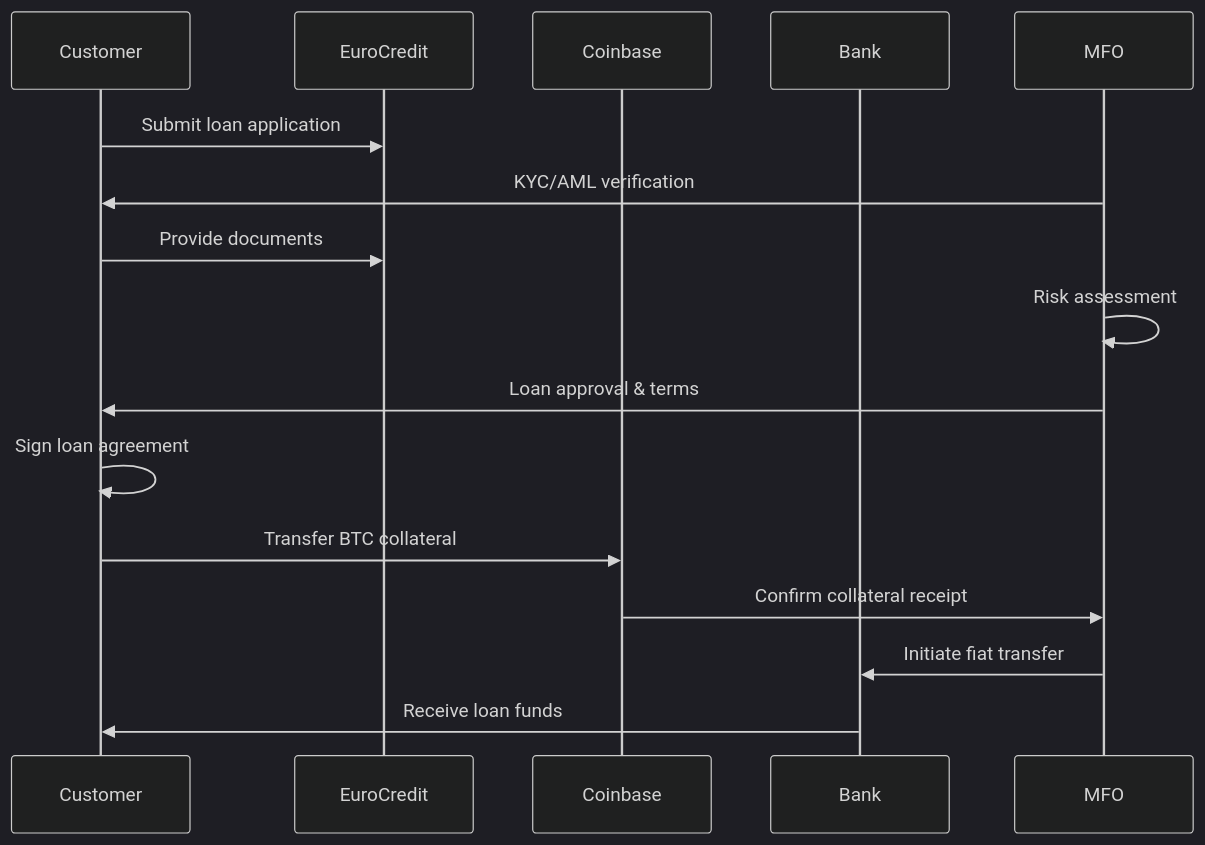
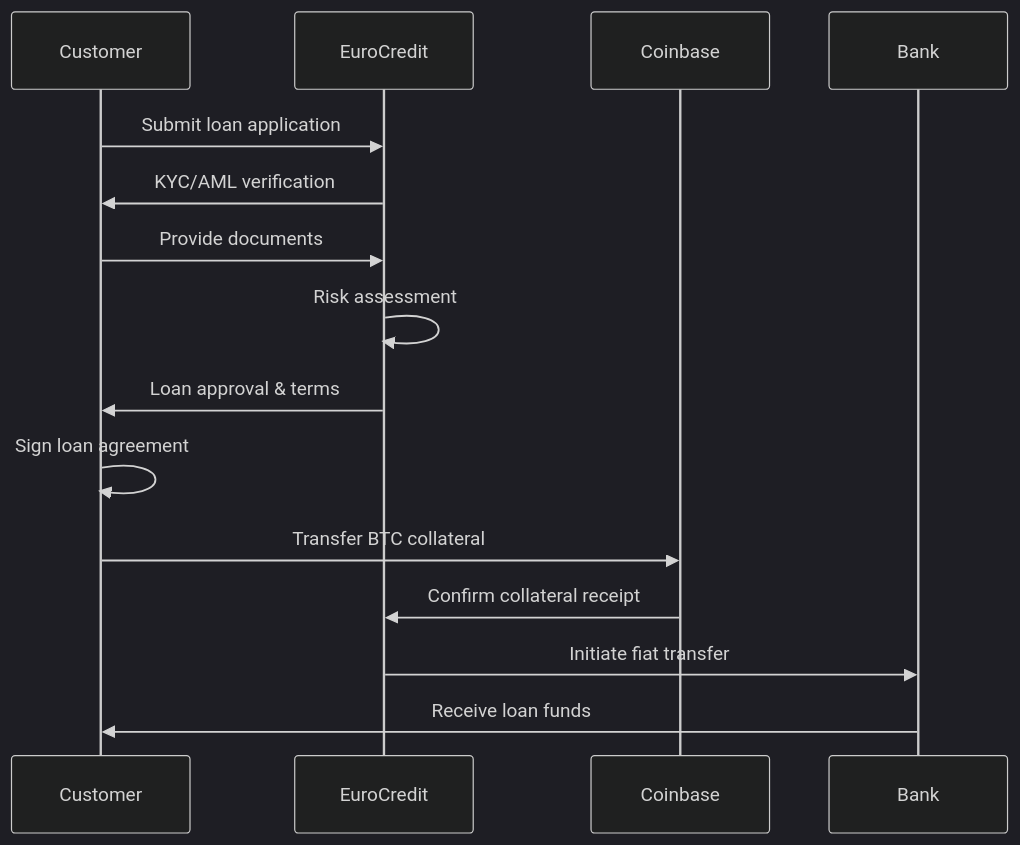
Before and after one commit to AppifySheets/eurocredit-btc-loans: the first of 6 diagrams in btc-loans-proposal.md, drawn with Mermaid (dark theme). The commit also changed other lines of this file, not shown here.

First line of the commit message:
Add written descriptions above all Mermaid diagrams for better accessibility

````diff
--- a/btc-loans-proposal.md
+++ b/btc-loans-proposal.md
@@ -61,18 +63,18 @@
 ```mermaid
 sequenceDiagram
     participant Customer
     participant EuroCredit
     participant Coinbase
     participant Bank
     
     Customer->>EuroCredit: Submit loan application
-    MFO->>Customer: KYC/AML verification
+    EuroCredit->>Customer: KYC/AML verification
     Customer->>EuroCredit: Provide documents
-    MFO->>MFO: Risk assessment
-    MFO->>Customer: Loan approval & terms
+    EuroCredit->>EuroCredit: Risk assessment
+    EuroCredit->>Customer: Loan approval & terms
     Customer->>Customer: Sign loan agreement
     Customer->>Coinbase: Transfer BTC collateral
-    Coinbase->>MFO: Confirm collateral receipt
-    MFO->>Bank: Initiate fiat transfer
+    Coinbase->>EuroCredit: Confirm collateral receipt
+    EuroCredit->>Bank: Initiate fiat transfer
     Bank->>Customer: Receive loan funds
 ```
````
